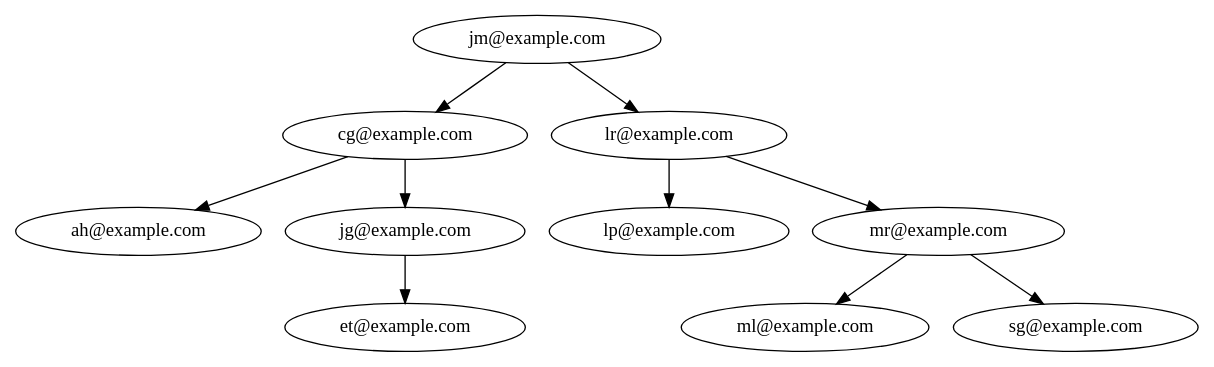
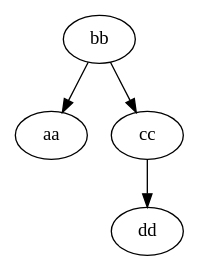
The diagram in pruebas/avl_usuarios.dot (matiuuh/-EDD-Proyecto1_202203009), drawn with Graphviz before and after one commit. The commit also changed 20 other files, not shown here.

```diff
--- a/pruebas/avl_usuarios.dot
+++ b/pruebas/avl_usuarios.dot
@@ -1,21 +1,9 @@
 digraph G {
-Nodo0x21d55a50690[label = "jm@example.com"];
-Nodo0x21d55a50690->Nodo0x21d55a50630;
-Nodo0x21d55a50690->Nodo0x21d52b1e450;
-Nodo0x21d55a50630[label = "cg@example.com"];
-Nodo0x21d55a50630->Nodo0x21d55a51ce0;
-Nodo0x21d55a50630->Nodo0x21d55ac3950;
-Nodo0x21d55a51ce0[label = "ah@example.com"];
-Nodo0x21d55ac3950[label = "jg@example.com"];
-Nodo0x21d55ac3950->Nodo0x21d55ac39b0;
-Nodo0x21d55ac39b0[label = "et@example.com"];
-Nodo0x21d52b1e450[label = "lr@example.com"];
-Nodo0x21d52b1e450->Nodo0x21d52b1deb0;
-Nodo0x21d52b1e450->Nodo0x21d52a503e0;
-Nodo0x21d52b1deb0[label = "lp@example.com"];
-Nodo0x21d52a503e0[label = "mr@example.com"];
-Nodo0x21d52a503e0->Nodo0x21d55a50660;
-Nodo0x21d52a503e0->Nodo0x21d52a50440;
-Nodo0x21d55a50660[label = "ml@example.com"];
-Nodo0x21d52a50440[label = "sg@example.com"];
+Nodo0x297ad5a6e40[label = "bb"];
+Nodo0x297ad5a6e40->Nodo0x297ad5a6a80;
+Nodo0x297ad5a6e40->Nodo0x297ad5a6fc0;
+Nodo0x297ad5a6a80[label = "aa"];
+Nodo0x297ad5a6fc0[label = "cc"];
+Nodo0x297ad5a6fc0->Nodo0x297ad5a7230;
+Nodo0x297ad5a7230[label = "dd"];
 }
```
